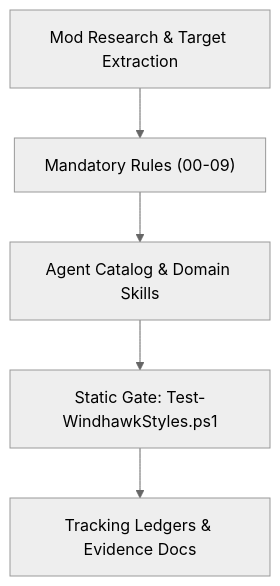
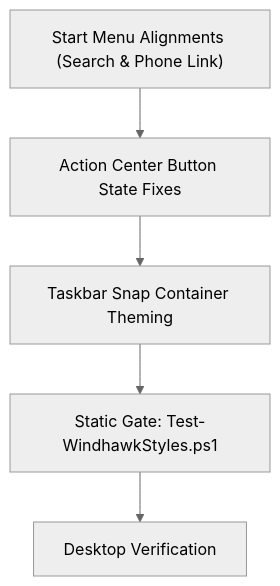
Before and after one commit to HELIX-Origin/Windhawk-Command-Center-Suite: the diagram in PLAN.md, drawn with Mermaid (neutral theme). The commit also changed other lines of this file and 17 other files, not shown here.

````diff
--- a/PLAN.md
+++ b/PLAN.md
@@ -31,7 +31,7 @@
 ```mermaid
 flowchart TD
-    S1_Research["Mod Research & Target Extraction"] --> S1_Rules["Mandatory Rules (00-09)"]
-    S1_Rules --> S1_Ecosystem["Agent Catalog & Domain Skills"]
-    S1_Ecosystem --> S1_Gate["Static Gate: Test-WindhawkStyles.ps1"]
-    S1_Gate --> S1_Ledgers["Tracking Ledgers & Evidence Docs"]
+    S2_SM["Start Menu Alignments (Search & Phone Link)"] --> S2_NC["Action Center Button State Fixes"]
+    S2_NC --> S2_Snap["Taskbar Snap Container Theming"]
+    S2_Snap --> S2_Gate["Static Gate: Test-WindhawkStyles.ps1"]
+    S2_Gate --> S2_Verify["Desktop Verification"]
 ```
````
